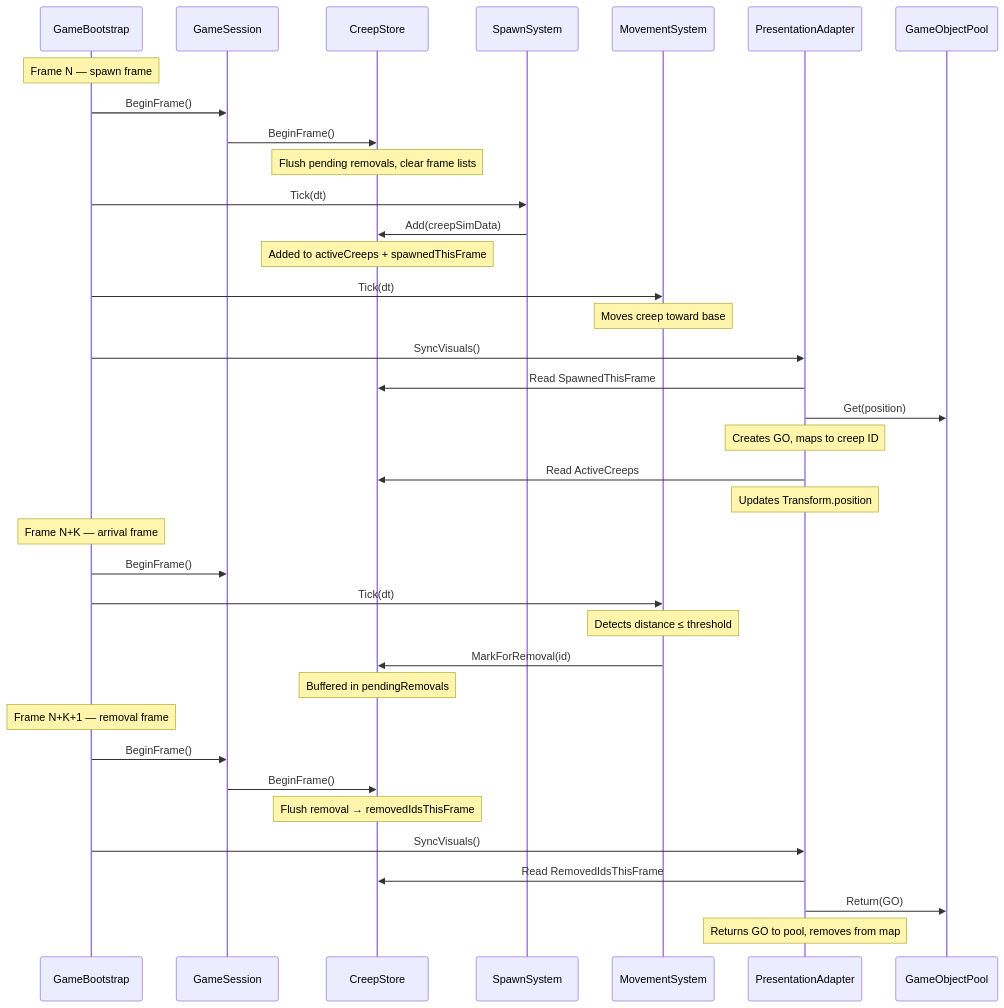
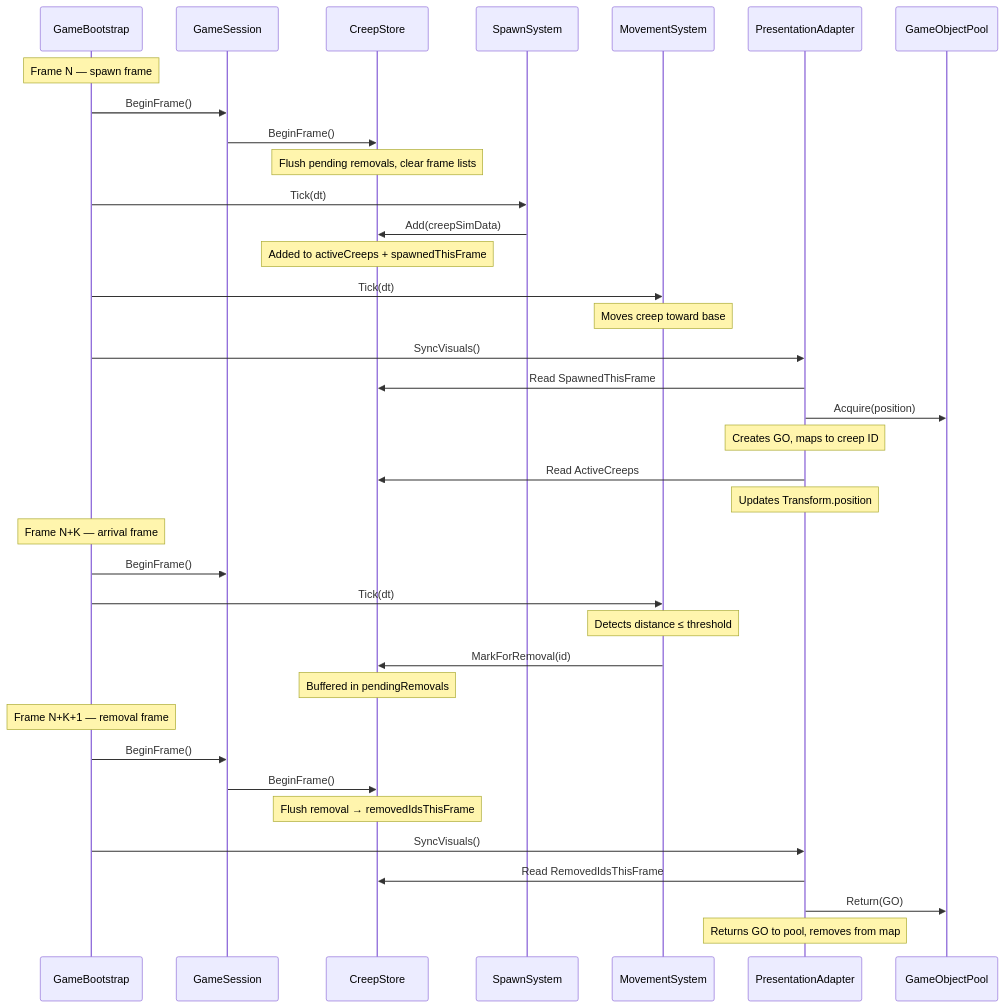
The seventh of 13 diagrams in Docs/Architecture-Diagrams.md (Number10Ox/MorlocsTowerDefense), drawn with Mermaid before and after one commit. The commit also changed other lines of this file and 46 other files, not shown here.

````diff
--- a/Docs/Architecture-Diagrams.md
+++ b/Docs/Architecture-Diagrams.md
@@ -484,50 +491,50 @@
 ```mermaid
 sequenceDiagram
     participant Bootstrap as GameBootstrap
     participant Session as GameSession
     participant Store as CreepStore
     participant Spawn as SpawnSystem
     participant Move as MovementSystem
     participant Pres as PresentationAdapter
     participant Pool as GameObjectPool
 
     Note over Bootstrap: Frame N — spawn frame
 
     Bootstrap->>Session: BeginFrame()
     Session->>Store: BeginFrame()
     Note over Store: Flush pending removals‚ clear frame lists
 
     Bootstrap->>Spawn: Tick(dt)
     Spawn->>Store: Add(creepSimData)
     Note over Store: Added to activeCreeps + spawnedThisFrame
 
     Bootstrap->>Move: Tick(dt)
     Note over Move: Moves creep toward base
 
     Bootstrap->>Pres: SyncVisuals()
     Pres->>Store: Read SpawnedThisFrame
-    Pres->>Pool: Get(position)
+    Pres->>Pool: Acquire(position)
     Note over Pres: Creates GO‚ maps to creep ID
 
     Pres->>Store: Read ActiveCreeps
     Note over Pres: Updates Transform.position
 
     Note over Bootstrap: Frame N+K — arrival frame
 
     Bootstrap->>Session: BeginFrame()
     Bootstrap->>Move: Tick(dt)
     Note over Move: Detects distance ≤ threshold
     Move->>Store: MarkForRemoval(id)
     Note over Store: Buffered in pendingRemovals
 
     Note over Bootstrap: Frame N+K+1 — removal frame
 
     Bootstrap->>Session: BeginFrame()
     Session->>Store: BeginFrame()
     Note over Store: Flush removal → removedIdsThisFrame
 
     Bootstrap->>Pres: SyncVisuals()
     Pres->>Store: Read RemovedIdsThisFrame
     Pres->>Pool: Return(GO)
     Note over Pres: Returns GO to pool‚ removes from map
 ```
````
